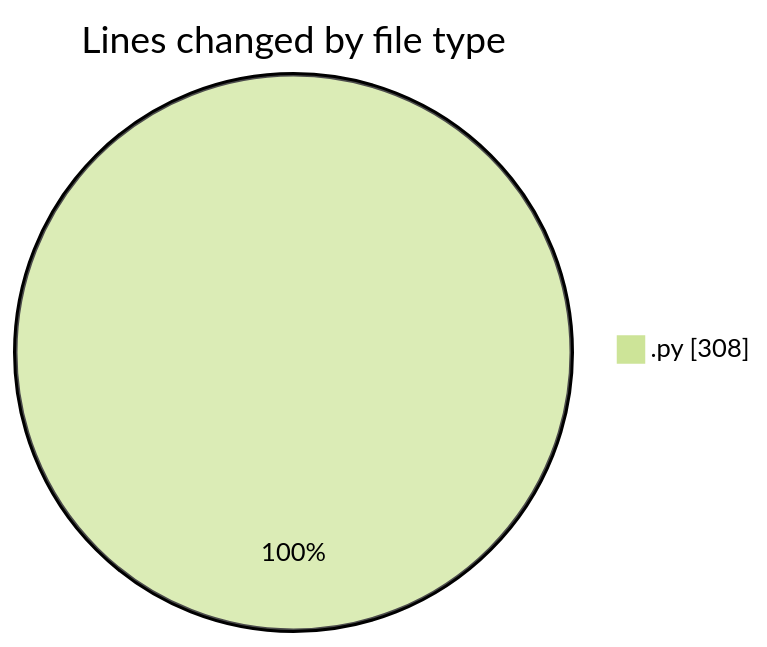
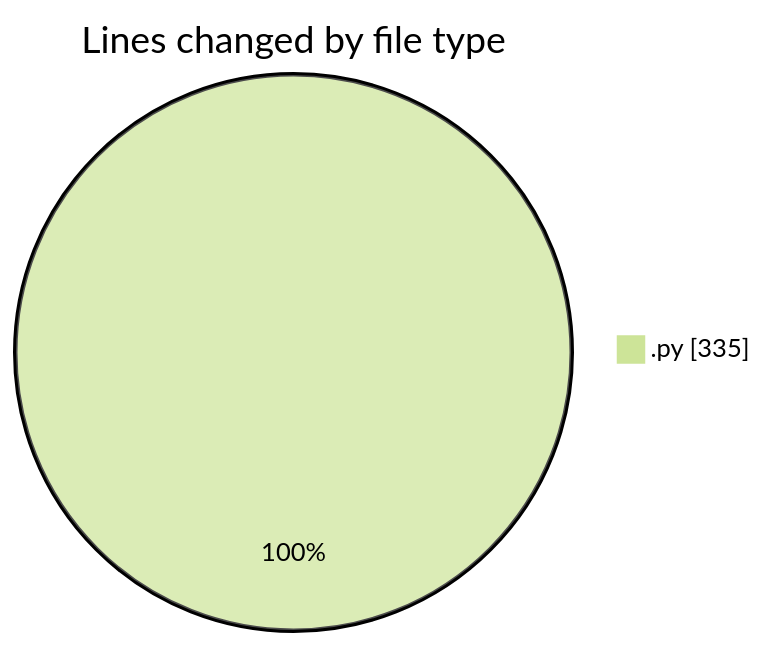
The first of 2 diagrams in 2025-10-22/eventscop-api-guide__workspace_/README.md (julien-gomy/code-tracking), drawn with Mermaid (forest theme) before and after one commit. The commit also changed other lines of this file and 1 other file, not shown here.

````diff
--- a/2025-10-22/eventscop-api-guide__workspace_/README.md
+++ b/2025-10-22/eventscop-api-guide__workspace_/README.md
@@ -25,5 +25,5 @@
 ```mermaid
 pie showData
 title Lines changed by file type
-".py" : 308
+".py" : 335
 ```
````
